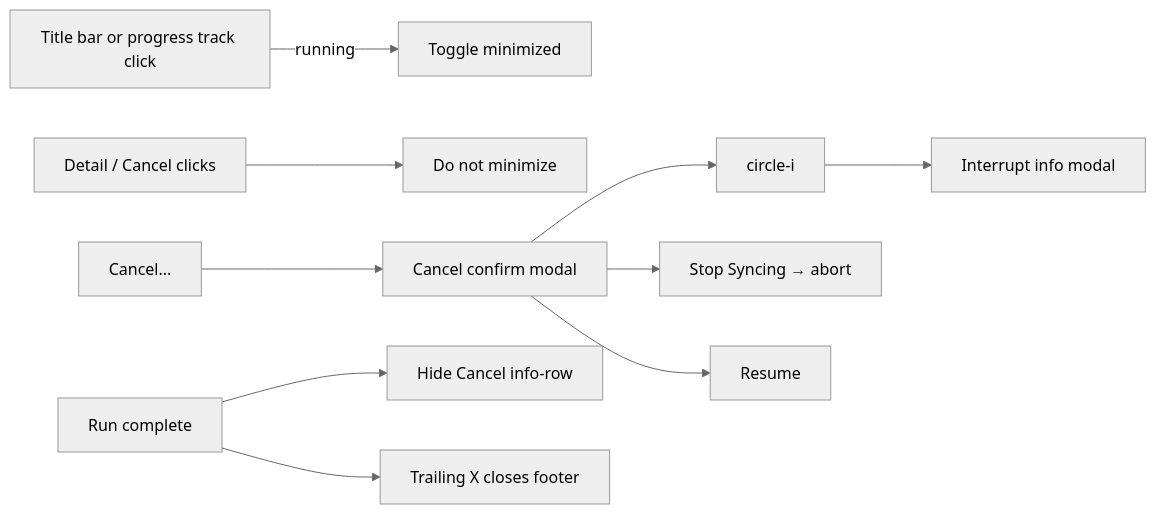
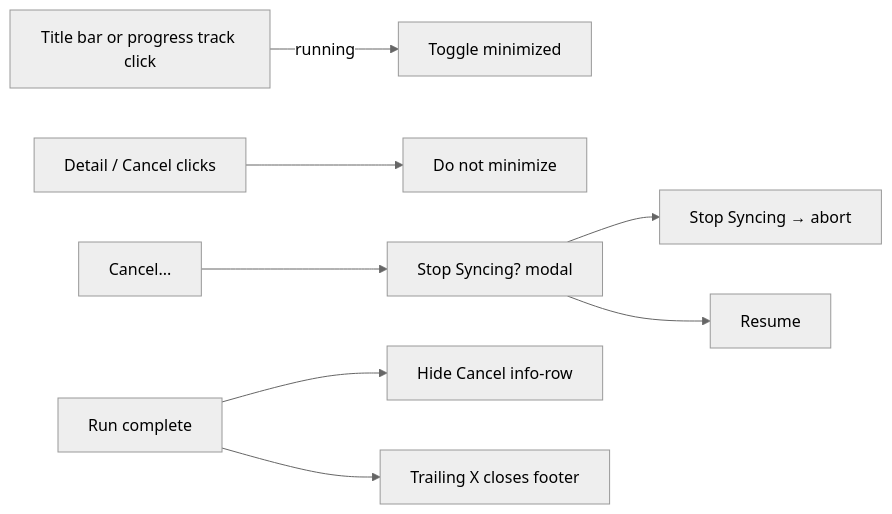
One commit to daledesilva/obsidian-dropbox-sync changed the third of 4 diagrams in docs/manual-sync-section-progress.md. Above: the diagram before and after it, drawn with Mermaid (neutral theme). The commit also changed other lines of this file and 20 other files, not shown here.

````diff
--- a/docs/manual-sync-section-progress.md
+++ b/docs/manual-sync-section-progress.md
@@ -63,11 +67,10 @@
 ```mermaid
 flowchart LR
   TitleOrTrack[Title bar or progress track click] -->|running| MinToggle[Toggle minimized]
   Detail[Detail / Cancel clicks] --> NoMin[Do not minimize]
-  CancelBtn[Cancel...] --> Confirm[Cancel confirm modal]
-  Confirm --> InfoIcon[circle-i] --> InterruptInfo[Interrupt info modal]
+  CancelBtn[Cancel...] --> Confirm[Stop Syncing? modal]
   Confirm --> Abort[Stop Syncing → abort]
   Confirm --> Keep[Resume]
   Complete[Run complete] --> CollapseCancel[Hide Cancel info-row]
   Complete --> X[Trailing X closes footer]
 ```
````
